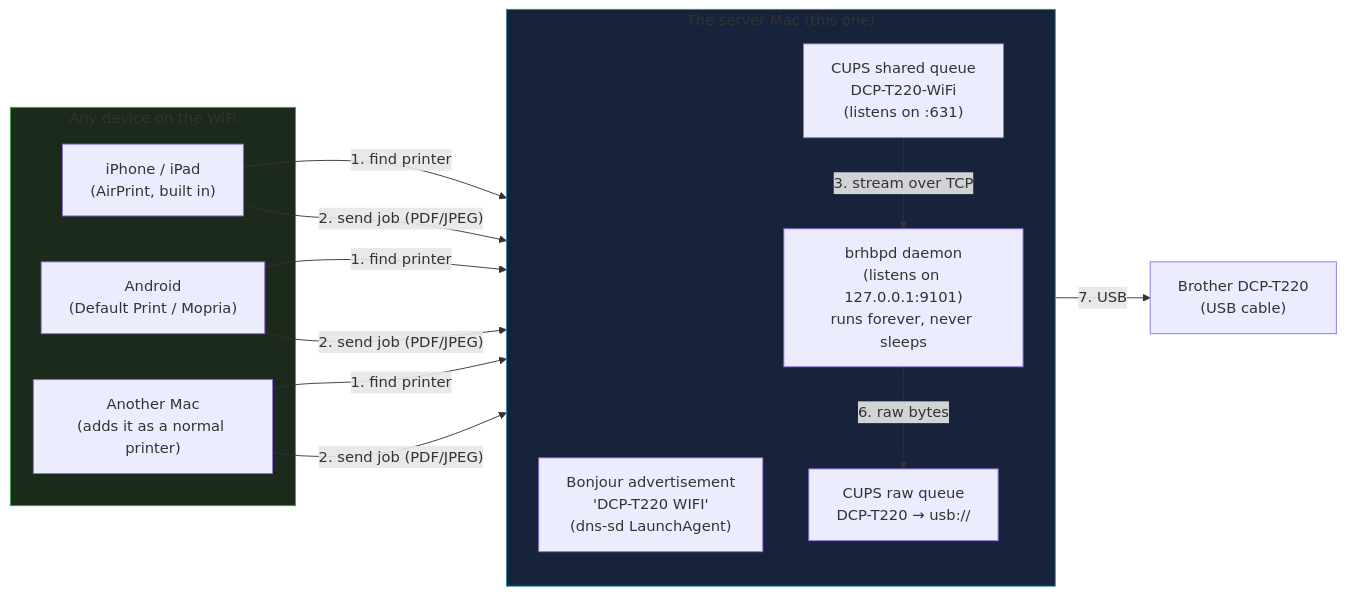
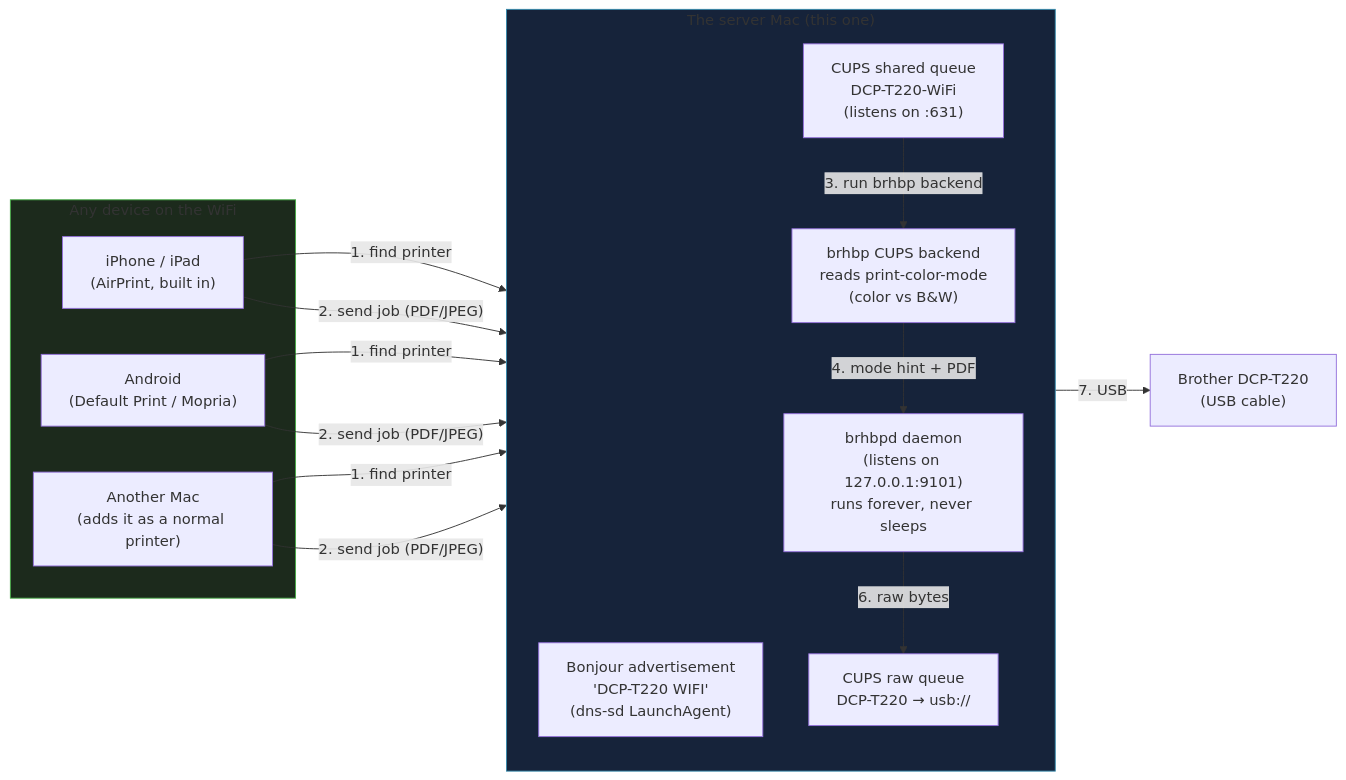
One commit to chungminhtu/brother-t220-wifi changed the second of 4 diagrams in README.md. Above: the diagram before and after it, drawn with Mermaid. The commit also changed other lines of this file and 4 other files, not shown here.

````diff
--- a/README.md
+++ b/README.md
@@ -94,27 +94,29 @@
 ```mermaid
 flowchart LR
     subgraph clients["Any device on the WiFi"]
         ios["iPhone / iPad<br/>(AirPrint, built in)"]
         droid["Android<br/>(Default Print / Mopria)"]
         mac2["Another Mac<br/>(adds it as a normal printer)"]
     end
 
     subgraph server["The server Mac (this one)"]
         direction TB
         bonjour["Bonjour advertisement<br/>'DCP-T220 WIFI'<br/>(dns-sd LaunchAgent)"]
         cups["CUPS shared queue<br/>DCP-T220-WiFi<br/>(listens on :631)"]
+        backend["brhbp CUPS backend<br/>reads print-color-mode<br/>(color vs B&W)"]
         daemon["brhbpd daemon<br/>(listens on 127.0.0.1:9101)<br/>runs forever, never sleeps"]
         usbq["CUPS raw queue<br/>DCP-T220 → usb://"]
     end
 
     printer["Brother DCP-T220<br/>(USB cable)"]
 
     ios & droid & mac2 -->|"1. find printer"| bonjour
     ios & droid & mac2 -->|"2. send job (PDF/JPEG)"| cups
-    cups -->|"3. stream over TCP"| daemon
+    cups -->|"3. run brhbp backend"| backend
+    backend -->|"4. mode hint + PDF"| daemon
     daemon -->|"6. raw bytes"| usbq
     usbq -->|"7. USB"| printer
 
     style server fill:#16233a,stroke:#38a
     style clients fill:#1c2a1c,stroke:#4a4
 ```
````
